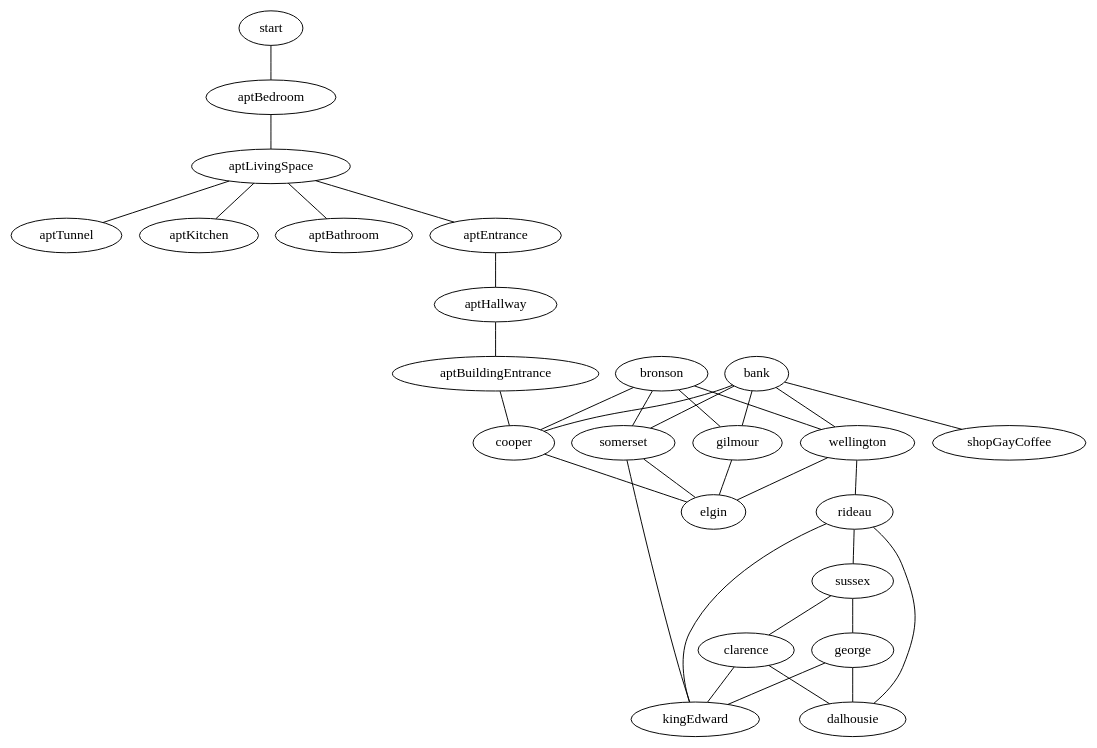
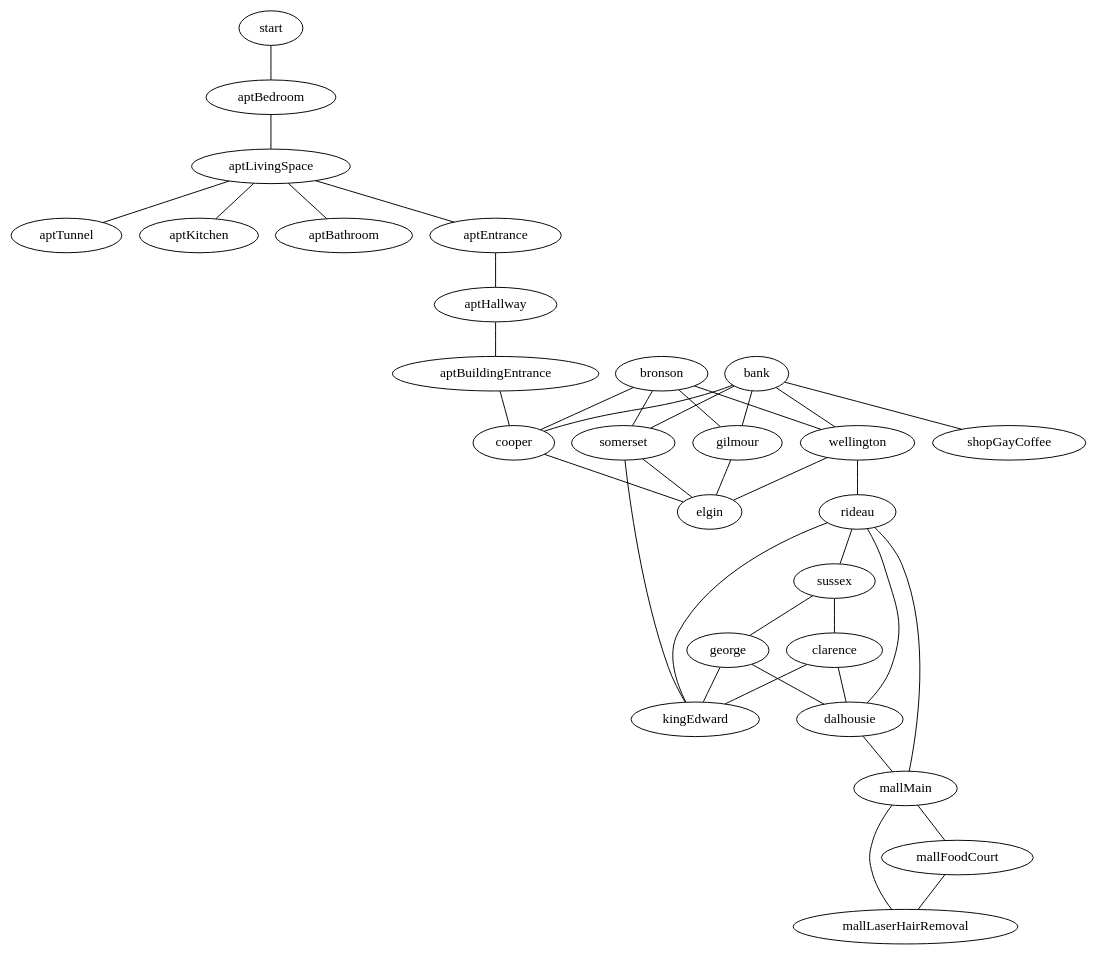
The diagram in examples/ottawa/entities/world/values.dot (maelys-mcardle/adventure), drawn with Graphviz before and after one commit. The commit also changed 5 other files, not shown here.

Commit message:
Added bad laser hair removal.

```diff
--- a/examples/ottawa/entities/world/values.dot
+++ b/examples/ottawa/entities/world/values.dot
@@ -1,40 +1,49 @@
 graph location {
 
   start -- aptBedroom
 
   subgraph streets {
     bank -- wellington -- elgin
     bank -- cooper -- elgin
     bank -- somerset -- elgin
     bank -- gilmour -- elgin
 
     bronson -- wellington
     bronson -- cooper
     bronson -- somerset
     bronson -- gilmour   
 
     wellington -- rideau
 
     rideau -- sussex
     rideau -- dalhousie
     rideau -- kingEdward
 
     sussex -- george -- dalhousie
     sussex -- clarence -- dalhousie
     somerset -- kingEdward
     george -- kingEdward
     clarence -- kingEdward
   }
 
   subgraph apartment {
     aptBedroom -- aptLivingSpace -- aptTunnel
     aptLivingSpace -- aptKitchen
     aptLivingSpace -- aptBathroom
     aptLivingSpace -- aptEntrance -- aptHallway 
     aptHallway -- aptBuildingEntrance -- cooper
   }
 
   subgraph shops {
     bank -- shopGayCoffee
   }
+
+  subgraph mall {
+    rideau -- mallMain 
+    dalhousie -- mallMain
+
+    mallMain -- mallFoodCourt
+    mallMain -- mallLaserHairRemoval
+    mallFoodCourt -- mallLaserHairRemoval
+  }
 }
```
